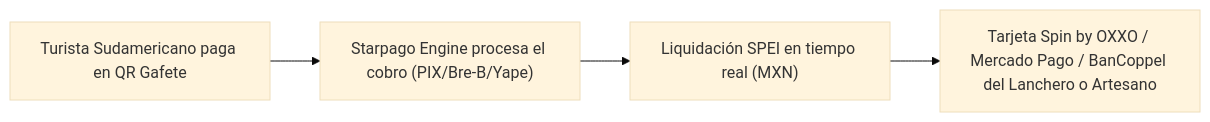
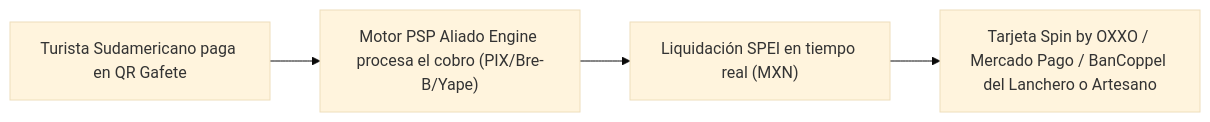
One commit to agutierrez11/riviera-maya-payments changed the diagram in INTEGRACION_EMISORES_LIQUIDACION_SPIN_OXXO.md. Above: the diagram before and after it, drawn with Mermaid (base theme). The commit also changed 11 other files, not shown here.

````diff
--- a/INTEGRACION_EMISORES_LIQUIDACION_SPIN_OXXO.md
+++ b/INTEGRACION_EMISORES_LIQUIDACION_SPIN_OXXO.md
@@ -17,6 +17,6 @@
 ```mermaid
 flowchart LR
-    A["Turista Sudamericano paga en QR Gafete"] --> B["Starpago Engine procesa el cobro (PIX/Bre-B/Yape)"]
+    A["Turista Sudamericano paga en QR Gafete"] --> B["Motor PSP Aliado Engine procesa el cobro (PIX/Bre-B/Yape)"]
     B --> C["Liquidación SPEI en tiempo real (MXN)"]
     C --> D["Tarjeta Spin by OXXO / Mercado Pago / BanCoppel del Lanchero o Artesano"]
 ```
````
